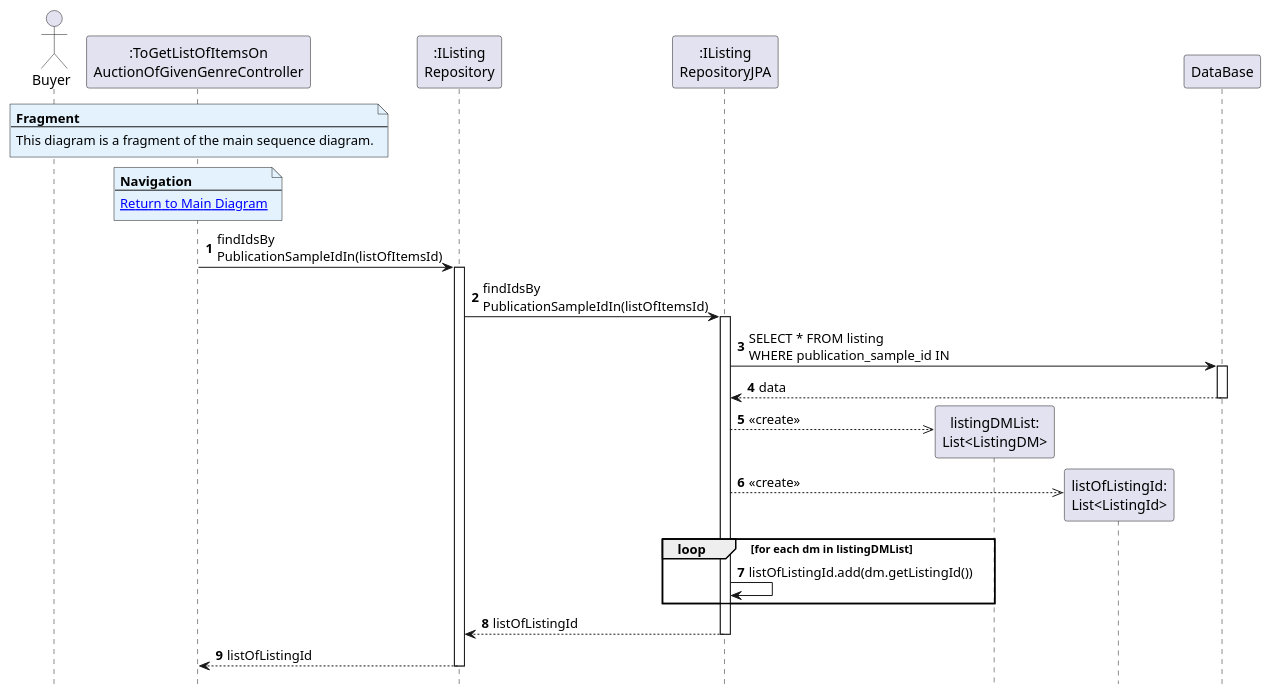
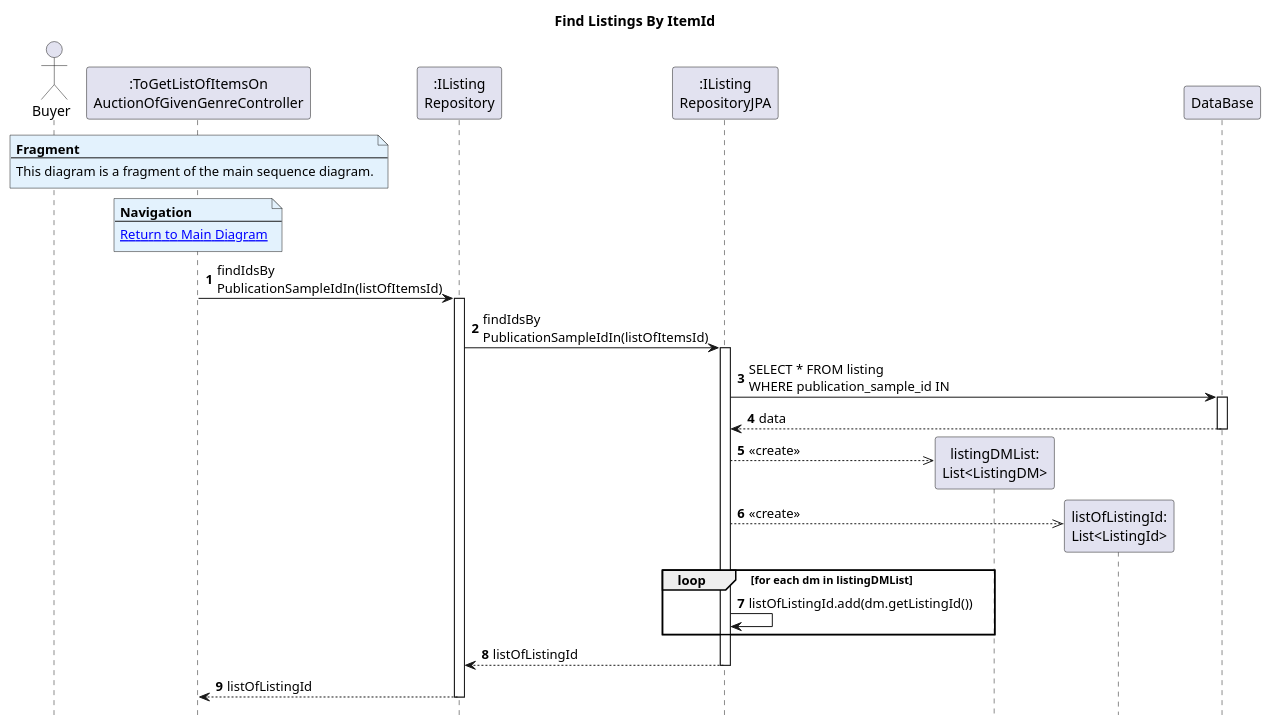
Before and after one commit to AndrePereiraGitH/SWitCH-Project-Team_A: the diagram in Diagrams/SequenceDiagrams/N2/To-get-list-of-items-on-auction-of-a-given-genre/5.findListingByItemId.puml, drawn with PlantUML.

Commit message:
Add title to findListingByItemId diagram

```diff
--- a/Diagrams/SequenceDiagrams/N2/To-get-list-of-items-on-auction-of-a-given-genre/5.findListingByItemId.puml
+++ b/Diagrams/SequenceDiagrams/N2/To-get-list-of-items-on-auction-of-a-given-genre/5.findListingByItemId.puml
@@ -1,50 +1,51 @@
 @startuml
 autonumber
 hide footbox
+title Find Listings By ItemId
 
 actor Buyer as User
 
 participant ":ToGetListOfItemsOn\nAuctionOfGivenGenreController" as Controller
 participant ":IListing\nRepository" as ListingRepo
 participant ":IListing\nRepositoryJPA" as LJPA
 participant "listingDMList:\nList<ListingDM>"
 participant "listOfListingId:\nList<ListingId>"
 participant "DataBase" as DB
 
 note over Controller #E3F2FD
 <b>Fragment</b>
 ---
 This diagram is a fragment of the main sequence diagram.
 end note
 
 note over Controller #E3F2FD
 <b>Navigation</b>
 ---
 [[1.MainDiagram.puml Return to Main Diagram]]
 end note
 
 
 Controller -> ListingRepo : findIdsBy\nPublicationSampleIdIn(listOfItemsId)
 activate ListingRepo
 ListingRepo -> LJPA : findIdsBy\nPublicationSampleIdIn(listOfItemsId)
 activate LJPA
 LJPA -> DB : SELECT * FROM listing\nWHERE publication_sample_id IN
 activate DB
 DB --> LJPA : data
 deactivate DB
 
 LJPA -->> "listingDMList:\nList<ListingDM>" ** : <<create>>
 LJPA -->> "listOfListingId:\nList<ListingId>" ** : <<create>>
 
 loop for each dm in listingDMList
 LJPA -> LJPA : listOfListingId.add(dm.getListingId())
 end
 
 LJPA --> ListingRepo : listOfListingId
 deactivate LJPA
 ListingRepo --> Controller : listOfListingId
 deactivate ListingRepo
 
 
 
 @enduml
```
